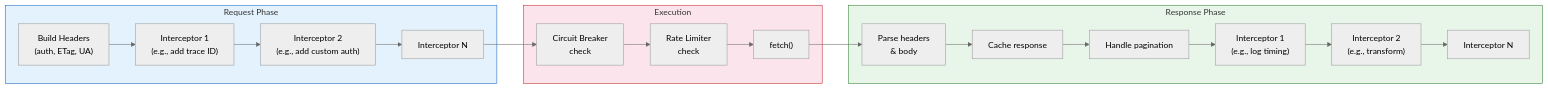
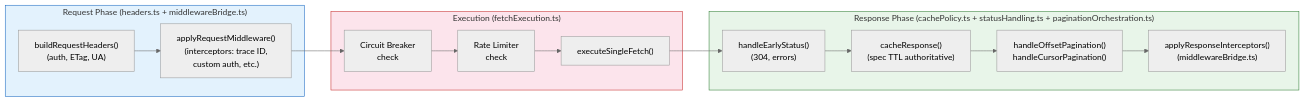
One commit to lgriffin/ESI.ts changed the seventh of 13 diagrams in guides/ARCHITECTURE.md. Above: the diagram before and after it, drawn with Mermaid (neutral theme). The commit also changed other lines of this file, not shown here.

First line of the commit message:
docs: update architecture guide for post-design-plan changes

````diff
--- a/guides/ARCHITECTURE.md
+++ b/guides/ARCHITECTURE.md
@@ -425,33 +503,28 @@
 ```mermaid
 graph LR
-    subgraph Request["Request Phase"]
-        R1["Build Headers<br/>(auth, ETag, UA)"]
-        R2["Interceptor 1<br/>(e.g., add trace ID)"]
-        R3["Interceptor 2<br/>(e.g., add custom auth)"]
-        R4["Interceptor N"]
+    subgraph Request["Request Phase (headers.ts + middlewareBridge.ts)"]
+        R1["buildRequestHeaders()<br/>(auth, ETag, UA)"]
+        R2["applyRequestMiddleware()<br/>(interceptors: trace ID,<br/>custom auth, etc.)"]
     end
 
-    subgraph Execution["Execution"]
+    subgraph Execution["Execution (fetchExecution.ts)"]
         CB["Circuit Breaker<br/>check"]
         RL["Rate Limiter<br/>check"]
-        Fetch["fetch()"]
+        Fetch["executeSingleFetch()"]
     end
 
-    subgraph Response["Response Phase"]
-        Parse["Parse headers<br/>& body"]
-        Cache["Cache response"]
-        Paginate["Handle pagination"]
-        I1["Interceptor 1<br/>(e.g., log timing)"]
-        I2["Interceptor 2<br/>(e.g., transform)"]
-        IN["Interceptor N"]
+    subgraph Response["Response Phase (cachePolicy.ts + statusHandling.ts + paginationOrchestration.ts)"]
+        Status["handleEarlyStatus()<br/>(304, errors)"]
+        CacheResp["cacheResponse()<br/>(spec TTL authoritative)"]
+        Paginate["handleOffsetPagination()<br/>handleCursorPagination()"]
+        Intercept["applyResponseInterceptors()<br/>(middlewareBridge.ts)"]
     end
 
-    R1 --> R2 --> R3 --> R4
-    R4 --> CB --> RL --> Fetch
-    Fetch --> Parse --> Cache --> Paginate
-    Paginate --> I1 --> I2 --> IN
+    R1 --> R2
+    R2 --> CB --> RL --> Fetch
+    Fetch --> Status --> CacheResp --> Paginate --> Intercept
 
     style Request fill:#e3f2fd,stroke:#1565c0
     style Execution fill:#fce4ec,stroke:#c62828
     style Response fill:#e8f5e9,stroke:#2e7d32
 ```
````
